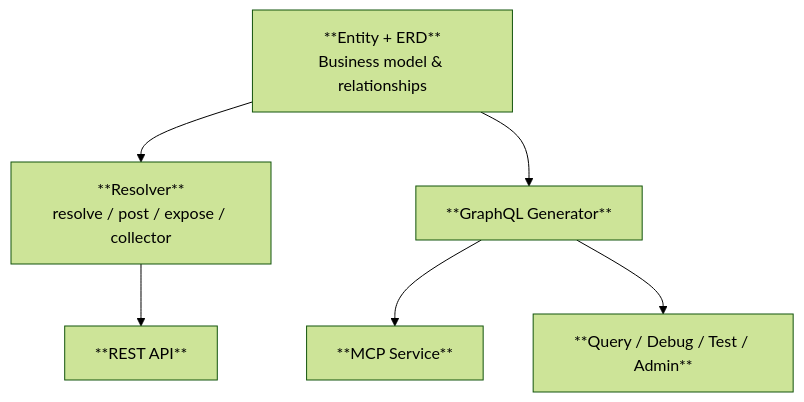
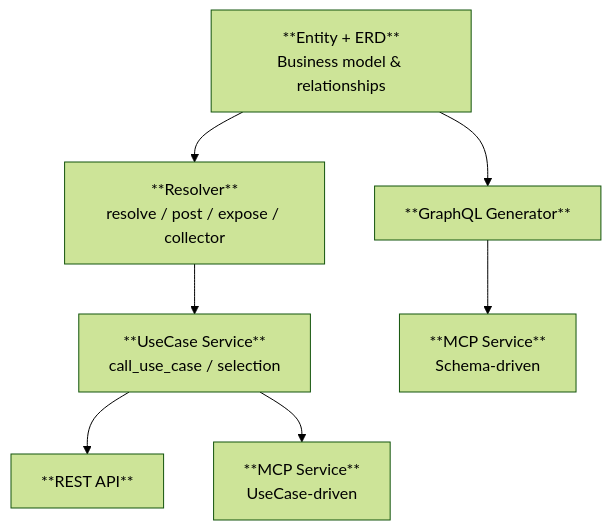
One commit to allmonday/pydantic-resolve changed the diagram in README.md. Above: the diagram before and after it, drawn with Mermaid (forest theme). The commit also changed other lines of this file, not shown here.

First line of the commit message:
docs: update README mermaid diagram — add UseCase, split MCP paths

````diff
--- a/README.md
+++ b/README.md
@@ -94,15 +77,17 @@
 ```mermaid
 flowchart TB
     entity["**Entity + ERD**<br/>Business model & relationships"]
     resolve["**Resolver**<br/>resolve / post / expose / collector"]
     graphql["**GraphQL Generator**"]
+    usecase["**UseCase Service**<br/>call_use_case / selection"]
     api["**REST API**"]
-    mcp["**MCP Service**"]
-    ops["**Query / Debug / Test / Admin**"]
+    mcp1["**MCP Service**<br/>UseCase-driven"]
+    mcp2["**MCP Service**<br/>Schema-driven"]
 
     entity --> resolve
     entity --> graphql
-    resolve --> api
-    graphql --> mcp
-    graphql --> ops
+    resolve --> usecase
+    usecase --> api
+    usecase --> mcp1
+    graphql --> mcp2
 ```
````
